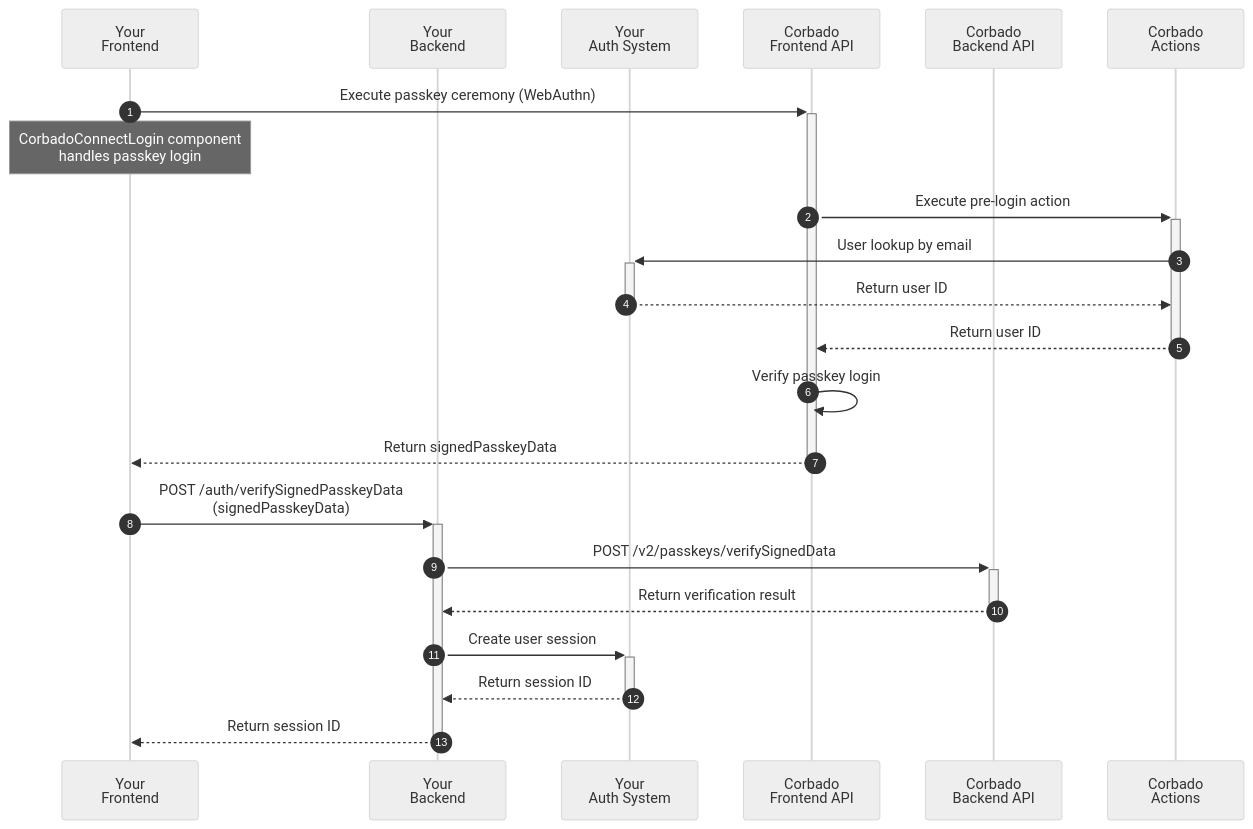
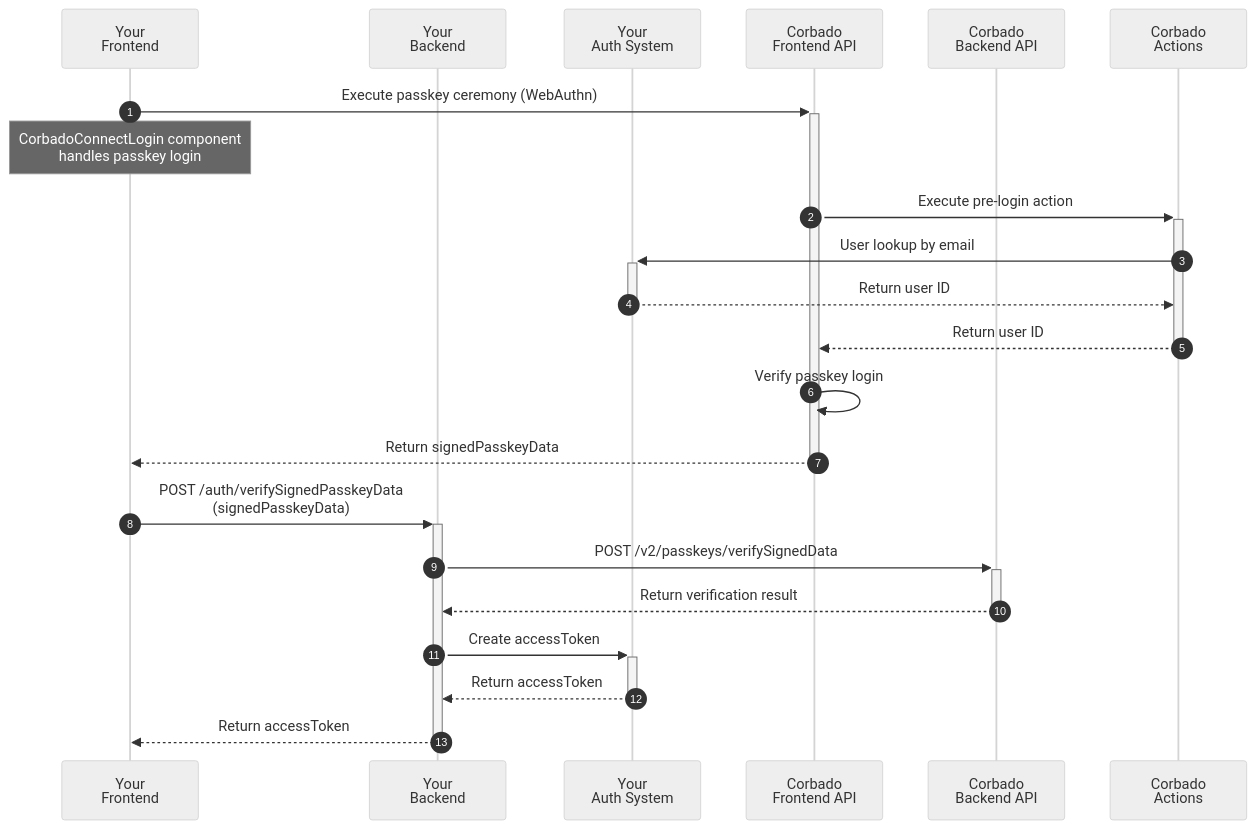
One commit to corbadotech/docs changed the third of 4 diagrams in corbado-connect/integration/generic/web.mdx. Above: the diagram before and after it, drawn with Mermaid (neutral theme). The commit also changed other lines of this file, not shown here.

Commit message:
Adapt web to accessToken

````diff
--- a/corbado-connect/integration/generic/web.mdx
+++ b/corbado-connect/integration/generic/web.mdx
@@ -292,26 +300,26 @@
 ```mermaid
 sequenceDiagram
     autonumber
     participant Frontend as Your<br/>Frontend
     participant Backend as Your<br/>Backend
     participant IdP as Your<br/>Auth System
     participant FAPI as Corbado<br/>Frontend API
     participant BAPI as Corbado<br/>Backend API
     participant Actions as Corbado<br/>Actions
 
     Frontend->>+FAPI: Execute passkey ceremony (WebAuthn)
     Note over Frontend: CorbadoConnectLogin component<br/>handles passkey login
     FAPI->>+Actions: Execute pre-login action
     Actions->>+IdP: User lookup by email
     IdP-->>-Actions: Return user ID
     Actions-->>-FAPI: Return user ID
     FAPI->>FAPI: Verify passkey login
     FAPI-->>-Frontend: Return signedPasskeyData
 
     Frontend->>+Backend: POST /auth/verifySignedPasskeyData<br/>(signedPasskeyData)
     Backend->>+BAPI: POST /v2/passkeys/verifySignedData
     BAPI-->>-Backend: Return verification result
-    Backend->>+IdP: Create user session
-    IdP-->>-Backend: Return session ID
-    Backend-->>-Frontend: Return session ID
+    Backend->>+IdP: Create accessToken
+    IdP-->>-Backend: Return accessToken
+    Backend-->>-Frontend: Return accessToken
 ```
````
